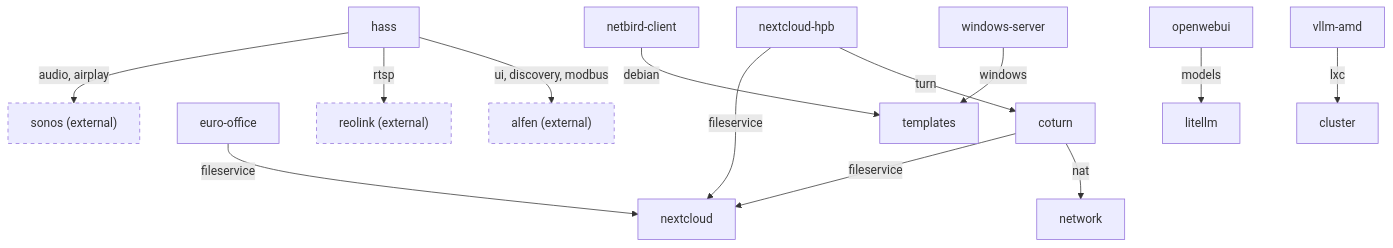
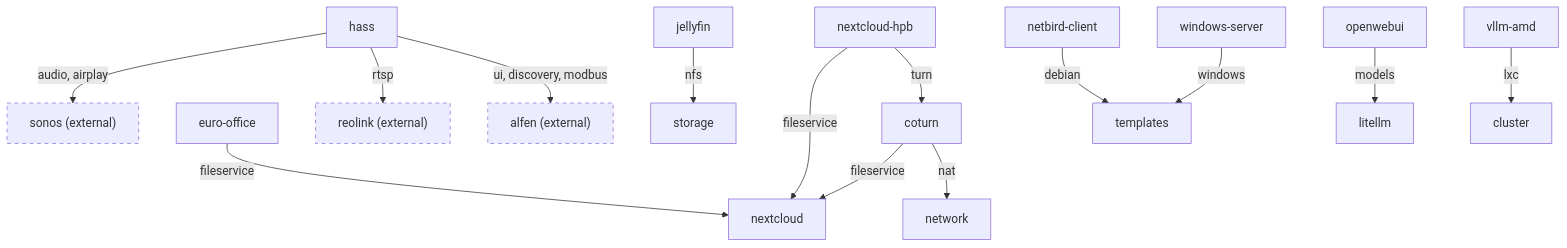
Before and after one commit to TAPPaaS/TAPPaaS: the diagram in src/module-dependencies.md, drawn with Mermaid. The commit also changed other lines of this file and 9 other files, not shown here.

````diff
--- a/src/module-dependencies.md
+++ b/src/module-dependencies.md
@@ -31,19 +31,20 @@
 ```mermaid
 graph TD
     coturn -->|"fileservice"| nextcloud
     coturn -->|"nat"| network
     euro-office -->|"fileservice"| nextcloud
     hass -->|"audio, airplay"| sonos
     hass -->|"rtsp"| reolink
     hass -->|"ui, discovery, modbus"| alfen
+    jellyfin -->|"nfs"| storage
     netbird-client -->|"debian"| templates
     nextcloud-hpb -->|"fileservice"| nextcloud
     nextcloud-hpb -->|"turn"| coturn
     openwebui -->|"models"| litellm
     vllm-amd -->|"lxc"| cluster
     windows-server -->|"windows"| templates
     alfen["alfen (external)"]:::ext
     classDef ext stroke-dasharray: 5 5
     reolink["reolink (external)"]:::ext
     sonos["sonos (external)"]:::ext
 ```
````
